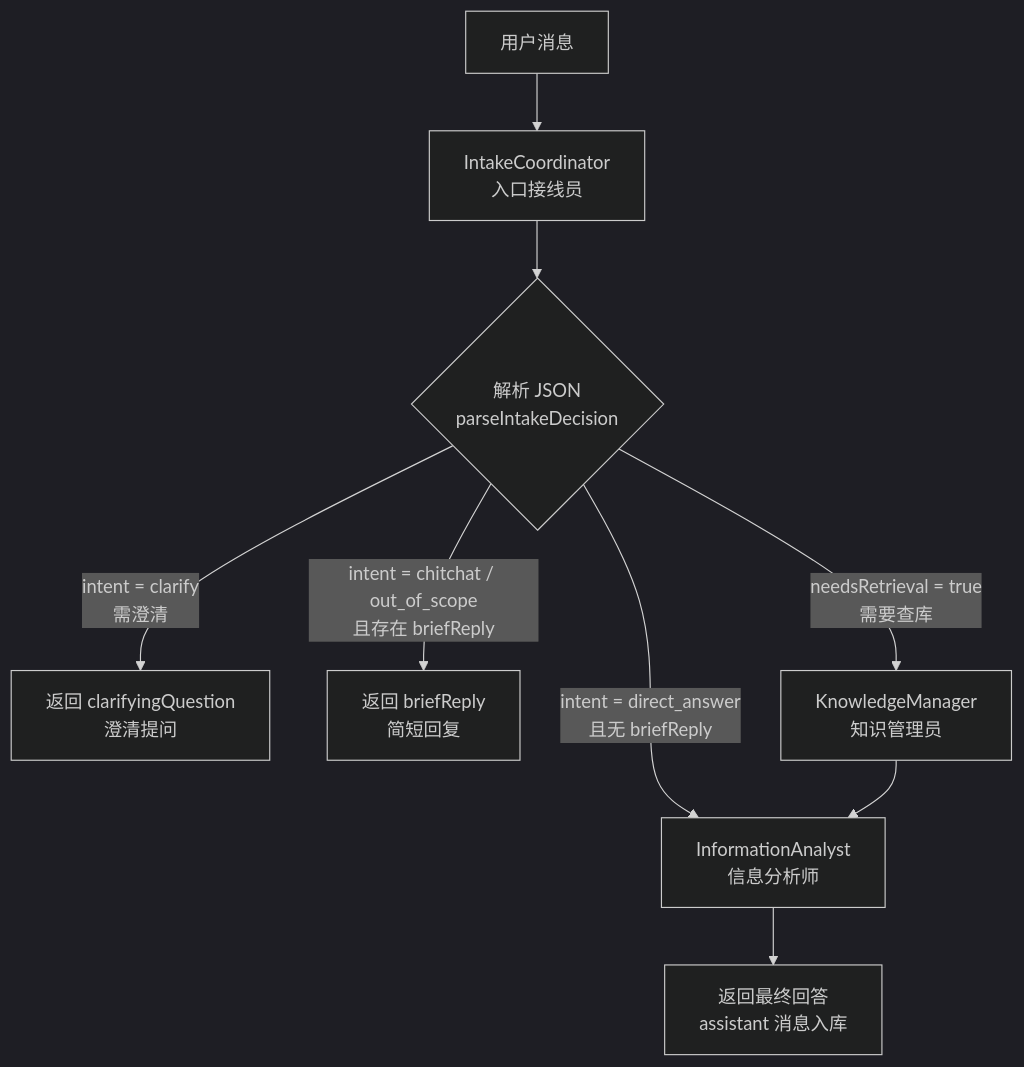
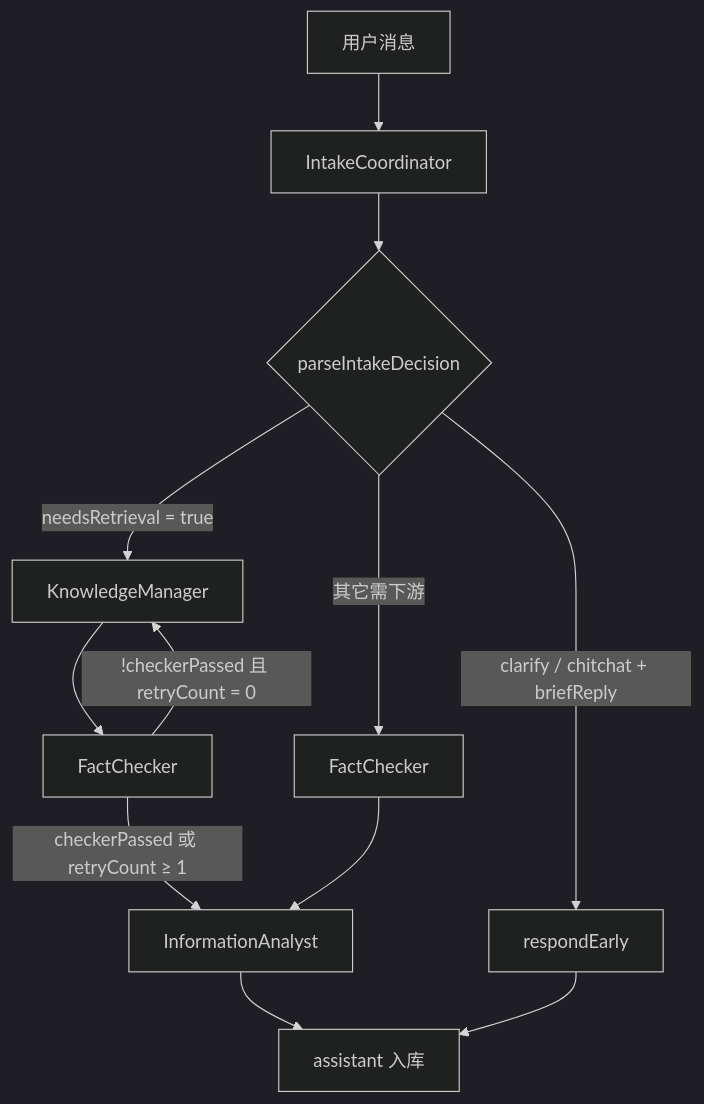
Before and after one commit to panzhanfei/fambrain-agents: the second of 7 diagrams in docs/02-agent-flows.md, drawn with Mermaid (dark theme). The commit also changed other lines of this file and 18 other files, not shown here.

````diff
--- a/docs/02-agent-flows.md
+++ b/docs/02-agent-flows.md
@@ -48,13 +53,16 @@
 ```mermaid
 flowchart TD
-  A[用户消息] --> B[IntakeCoordinator<br/>入口接线员]
-  B --> C{解析 JSON<br/>parseIntakeDecision}
+  A[用户消息] --> B[IntakeCoordinator]
+  B --> C{parseIntakeDecision}
 
-  C -->|intent = clarify<br/>需澄清| D[返回 clarifyingQuestion<br/>澄清提问]
-  C -->|intent = chitchat / out_of_scope<br/>且存在 briefReply| E[返回 briefReply<br/>简短回复]
-  C -->|needsRetrieval = true<br/>需要查库| F[KnowledgeManager<br/>知识管理员]
-  C -->|intent = direct_answer<br/>且无 briefReply| G[InformationAnalyst<br/>信息分析师]
+  C -->|clarify / chitchat + briefReply| D[respondEarly]
+  C -->|needsRetrieval = true| F[KnowledgeManager]
+  C -->|其它需下游| FC0[FactChecker]
 
-  F --> G
-  G --> H[返回最终回答<br/>assistant 消息入库]
+  F --> FC[FactChecker]
+  FC -->|checkerPassed 或 retryCount ≥ 1| G[InformationAnalyst]
+  FC -->|!checkerPassed 且 retryCount = 0| F
+  FC0 --> G
+  G --> H[assistant 入库]
+  D --> H
 ```
````
